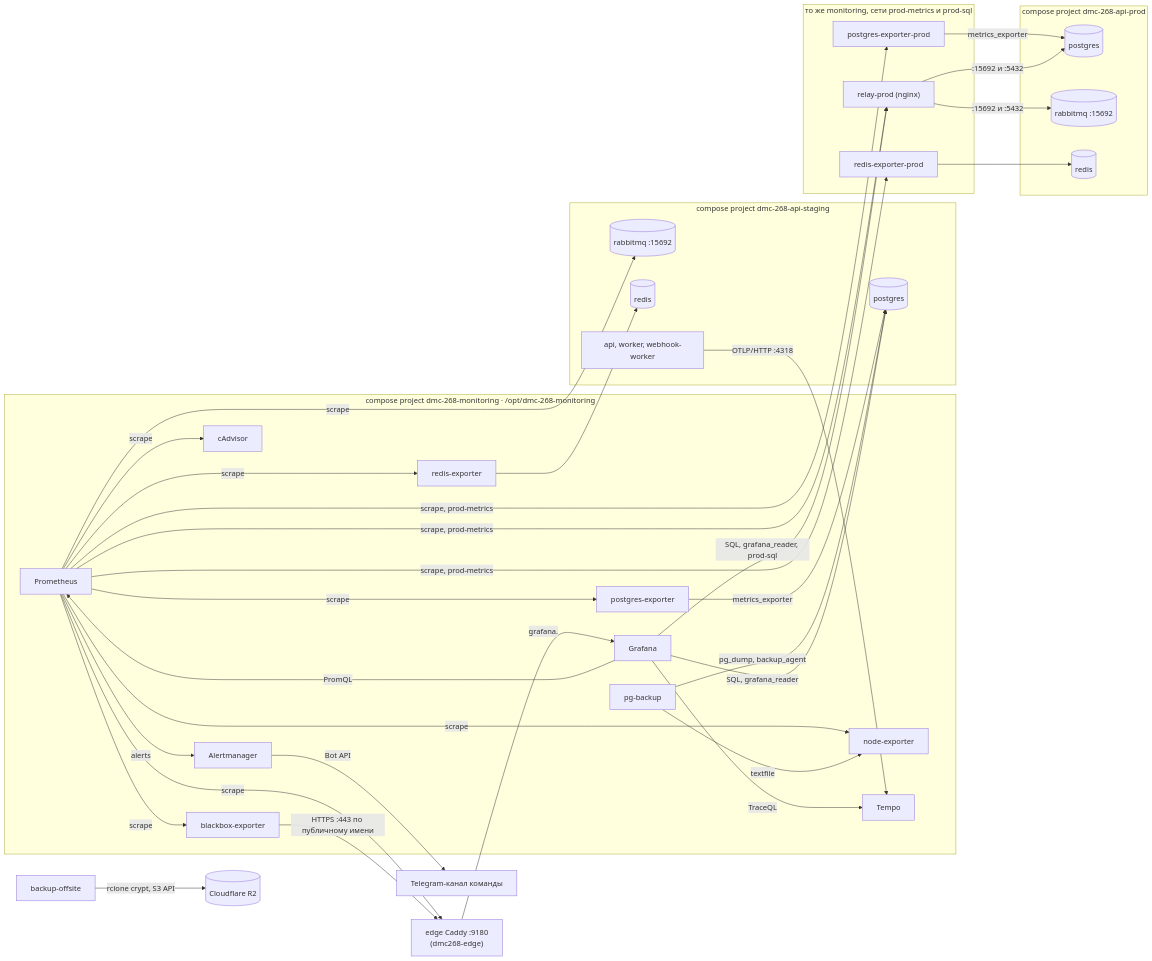
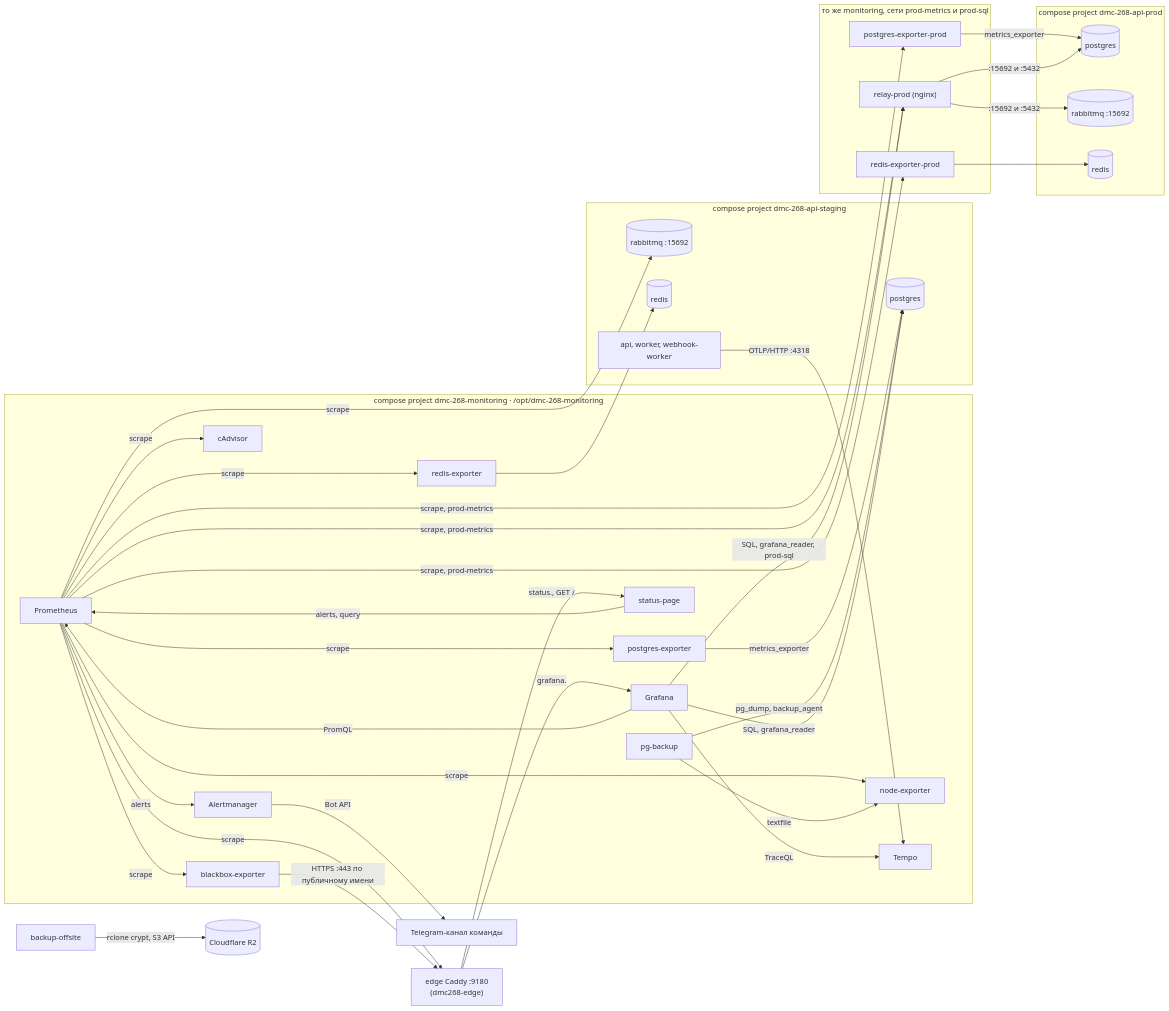
Before and after one commit to larchanka-training/dmc-268-api-t6: the diagram in docs/MONITORING.md, drawn with Mermaid. The commit also changed other lines of this file and 18 other files, not shown here.

First line of the commit message:
feat(monitoring): publish a public status page (#309) (#432)

````diff
--- a/docs/MONITORING.md
+++ b/docs/MONITORING.md
@@ -7,51 +7,54 @@
 ```mermaid
 flowchart LR
   subgraph mon["compose project dmc-268-monitoring · /opt/dmc-268-monitoring"]
     prom[Prometheus]
     am[Alertmanager]
     graf[Grafana]
     node[node-exporter]
     cadv[cAdvisor]
     pgx[postgres-exporter]
     rx[redis-exporter]
     bbx[blackbox-exporter]
     bk[pg-backup]
     tempo[Tempo]
+    status[status-page]
   end
   subgraph app["compose project dmc-268-api-staging"]
     pg[(postgres)]
     mq[(rabbitmq :15692)]
     redis[(redis)]
     apps["api, worker, webhook-worker"]
   end
   subgraph prodapp["compose project dmc-268-api-prod"]
     pgp[(postgres)]
     mqp[(rabbitmq :15692)]
     redisp[(redis)]
   end
   subgraph prodmon["то же monitoring, сети prod-metrics и prod-sql"]
     pgxp[postgres-exporter-prod]
     rxp[redis-exporter-prod]
     relay["relay-prod (nginx)"]
   end
   caddy["edge Caddy :9180\n(dmc268-edge)"]
   prom -->|scrape| node & cadv & pgx & rx & mq & caddy & bbx
   prom -->|"scrape, prod-metrics"| pgxp & rxp & relay
   pgxp -->|metrics_exporter| pgp
   rxp --> redisp
   relay -->|":15692 и :5432"| mqp & pgp
   graf -->|"SQL, grafana_reader, prod-sql"| relay
   bbx -->|"HTTPS :443 по публичному имени"| caddy
   pgx -->|metrics_exporter| pg
   bk -->|"pg_dump, backup_agent"| pg
   bk -->|textfile| node
   off[backup-offsite] -->|"rclone crypt, S3 API"| r2[("Cloudflare R2")]
   rx --> redis
   graf -->|PromQL| prom
   apps -->|"OTLP/HTTP :4318"| tempo
   graf -->|TraceQL| tempo
   graf -->|"SQL, grafana_reader"| pg
   prom -->|alerts| am
   am -->|Bot API| tg["Telegram-канал команды"]
   caddy -->|"grafana.<APP_DOMAIN>"| graf
+  caddy -->|"status.<APP_DOMAIN>, GET /"| status
+  status -->|"alerts, query"| prom
 ```
````
